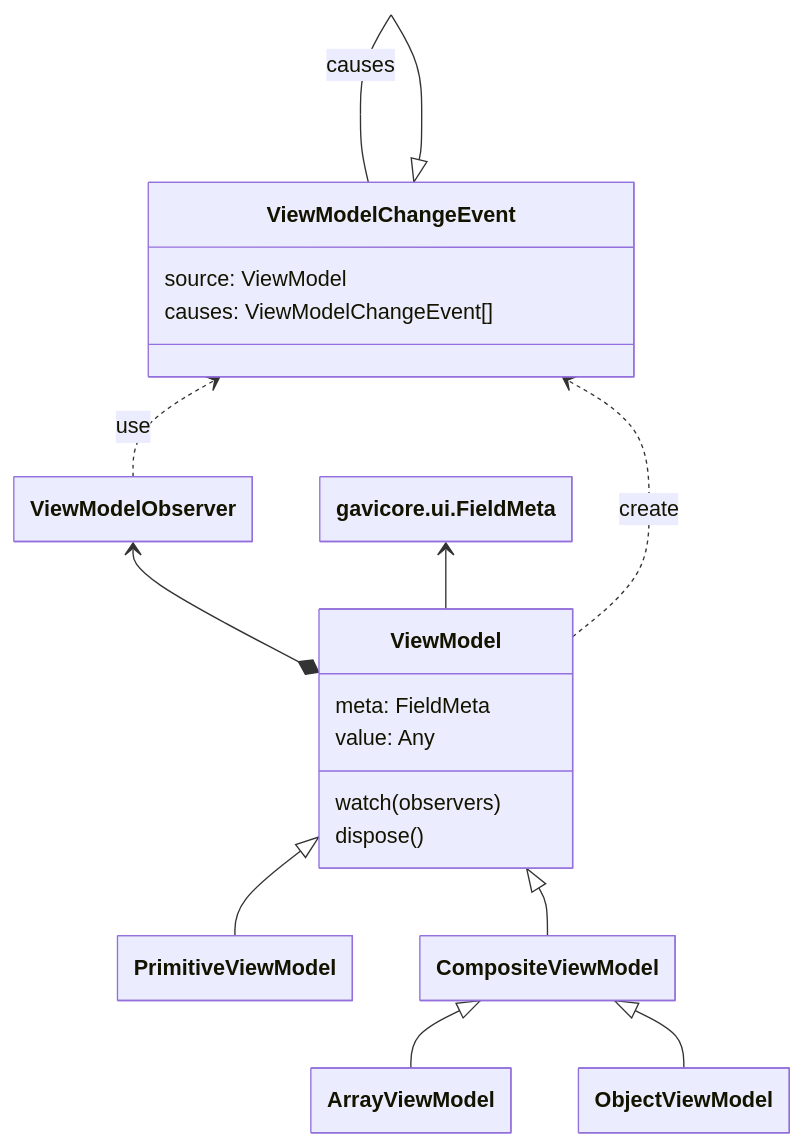
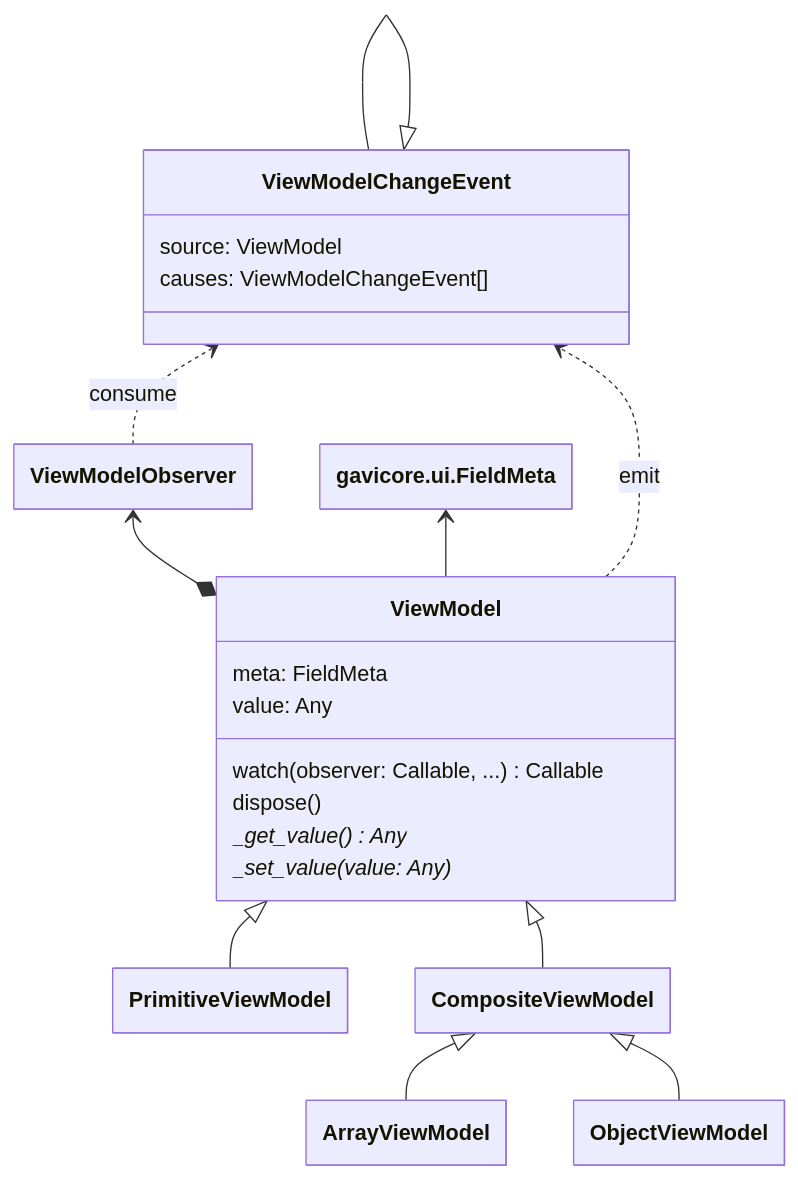
Before and after one commit to eo-tools/eozilla: the third of 3 diagrams in docs/gavicore/ui/description.md, drawn with Mermaid. The commit also changed other lines of this file and 1 other file, not shown here.

Commit message:
fixed inclusion of notebooks in docs; using latest mermaid; updated some class diagrams

````diff
--- a/docs/gavicore/ui/description.md
+++ b/docs/gavicore/ui/description.md
@@ -160,33 +177,35 @@
 ```mermaid
 ---
 config:
     class:
         hideEmptyMembersBox: true
     theme: default
 ---
 classDiagram
     direction BT
 
     ViewModel *--> ViewModelObserver 
     ViewModel --> gavicore.ui.FieldMeta 
-    ViewModelObserver ..> ViewModelChangeEvent : use
-    ViewModel ..> ViewModelChangeEvent : create
-    ViewModelChangeEvent --|> ViewModelChangeEvent : causes 
+    ViewModelObserver ..> ViewModelChangeEvent : consume
+    ViewModel ..> ViewModelChangeEvent : emit
+    ViewModelChangeEvent --|> ViewModelChangeEvent 
     
     class ViewModel {
         meta: FieldMeta
         value: Any
-        watch(observers) 
-        dispose()
+        watch(observer: Callable, ...) Callable 
+        dispose()        
+        _get_value()* Any
+        _set_value(value: Any)*
     }
     
     class ViewModelChangeEvent {
         source: ViewModel
         causes: ViewModelChangeEvent[]
     }
     
     PrimitiveViewModel --|> ViewModel
     CompositeViewModel --|> ViewModel
     ArrayViewModel --|> CompositeViewModel
     ObjectViewModel --|> CompositeViewModel
 ```
````
